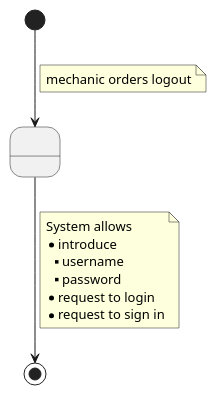
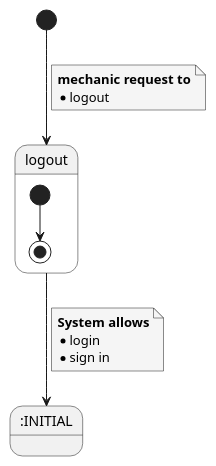
The diagram in documentation/1requiremets/usecases_specification/puml/logout.puml (Ruskab/agrimManager), drawn with PlantUML before and after one commit. The commit also changed 3 other files, not shown here.

```diff
--- a/documentation/1requiremets/usecases_specification/puml/logout.puml
+++ b/documentation/1requiremets/usecases_specification/puml/logout.puml
@@ -1,23 +1,29 @@
 @startuml
 
-state 2 as " "
-state 2 as " "
+skinparam {
+    NoteBackgroundColor #whiteSmoke
+}
 
-[*] --> 2
+state initial as ":INITIAL"
+
+[*] --> logout
 note on link
-    mechanic orders logout
+<b>mechanic request to</b>
+* logout
 end note
 
-2 --> [*]
+state logout {
+
+[*] --> [*]
+
+}
+logout --> initial
 note on link
-    System allows
-    * introduce
-    ** username
-    ** password
-    * request to login
-    * request to sign in
+    <b>System allows</b>
+    * login
+    * sign in
 end note
 
 
 
 @enduml
```
